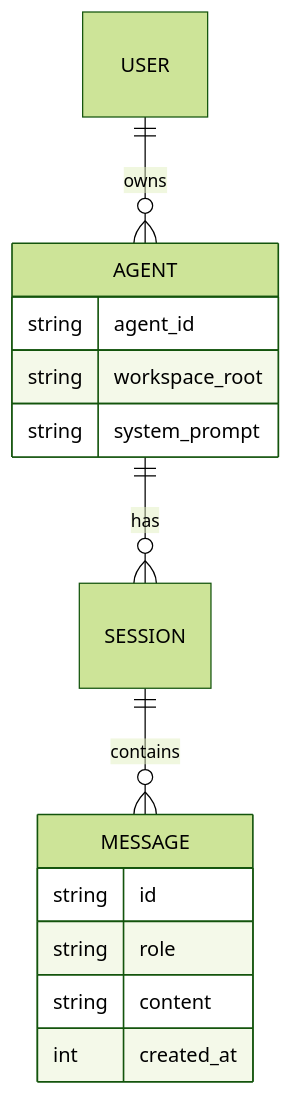
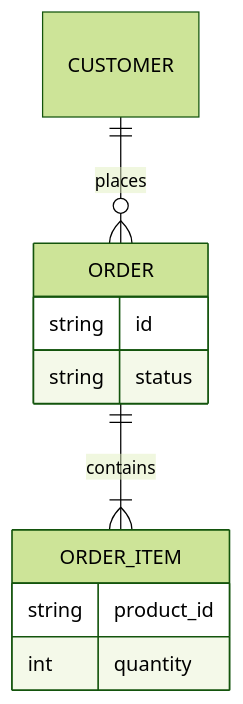
The fifth of 6 diagrams in .claude/skills/change-design-author/references/diagrams.md (Mrchen116/nano-multiagent), drawn with Mermaid (forest theme) before and after one commit. The commit also changed other lines of this file and 9 other files, not shown here.

````diff
--- a/.claude/skills/change-design-author/references/diagrams.md
+++ b/.claude/skills/change-design-author/references/diagrams.md
@@ -137,17 +116,13 @@
 ```mermaid
 erDiagram
-    USER ||--o{ AGENT : owns
-    AGENT ||--o{ SESSION : has
-    SESSION ||--o{ MESSAGE : contains
-    AGENT {
-        string agent_id
-        string workspace_root
-        string system_prompt
+    CUSTOMER ||--o{ ORDER : places
+    ORDER ||--|{ ORDER_ITEM : contains
+    ORDER {
+        string id
+        string status
     }
-    MESSAGE {
-        string id
-        string role
-        string content
-        int created_at
+    ORDER_ITEM {
+        string product_id
+        int quantity
     }
 ```
````
